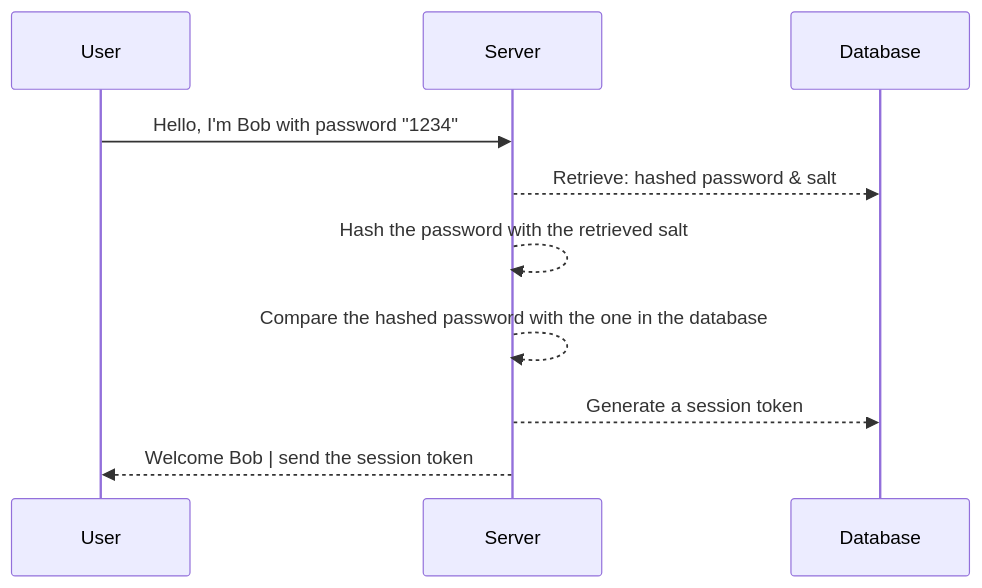
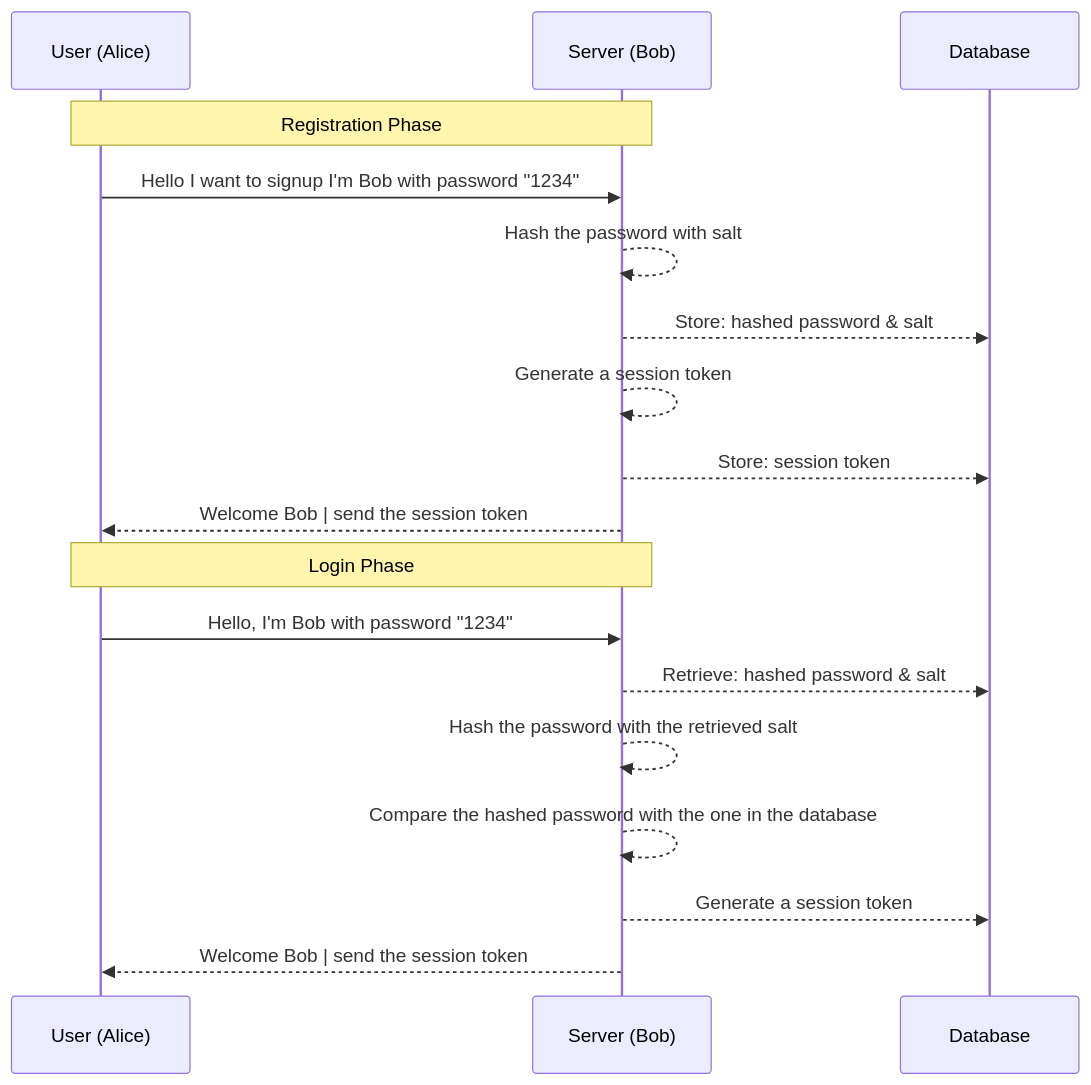
Before and after one commit to GuillaumeDorschner/ESILV-Cryptography-S8-1: the second of 2 diagrams in README.md, drawn with Mermaid. The commit also changed other lines of this file and 2 other files, not shown here.

````diff
--- a/README.md
+++ b/README.md
@@ -79,9 +62,22 @@
-    ```mermaid
+```mermaid
     sequenceDiagram
-        User->>Server: Hello, I'm Bob with password "1234"
-        Server-->>Database: Retrieve: hashed password & salt
-        Server-->>Server: Hash the password with the retrieved salt
-        Server-->>Server: Compare the hashed password with the one in the database
-        Server-->>Database: Generate a session token
-        Server-->>User: Welcome Bob | send the session token
-    ```
+    participant U as User (Alice)
+    participant S as Server (Bob)
+    participant D as Database
+
+    Note over U,S: Registration Phase
+        U->>S: Hello I want to signup I'm Bob with password "1234"
+        S-->>S: Hash the password with salt
+        S-->>D: Store: hashed password & salt
+        S-->>S: Generate a session token
+        S-->>D: Store: session token
+        S-->>U: Welcome Bob | send the session token
+
+    Note over U,S: Login Phase
+        U->>S: Hello, I'm Bob with password "1234"
+        S-->>D: Retrieve: hashed password & salt
+        S-->>S: Hash the password with the retrieved salt
+        S-->>S: Compare the hashed password with the one in the database
+        S-->>D: Generate a session token
+        S-->>U: Welcome Bob | send the session token
+```
````
